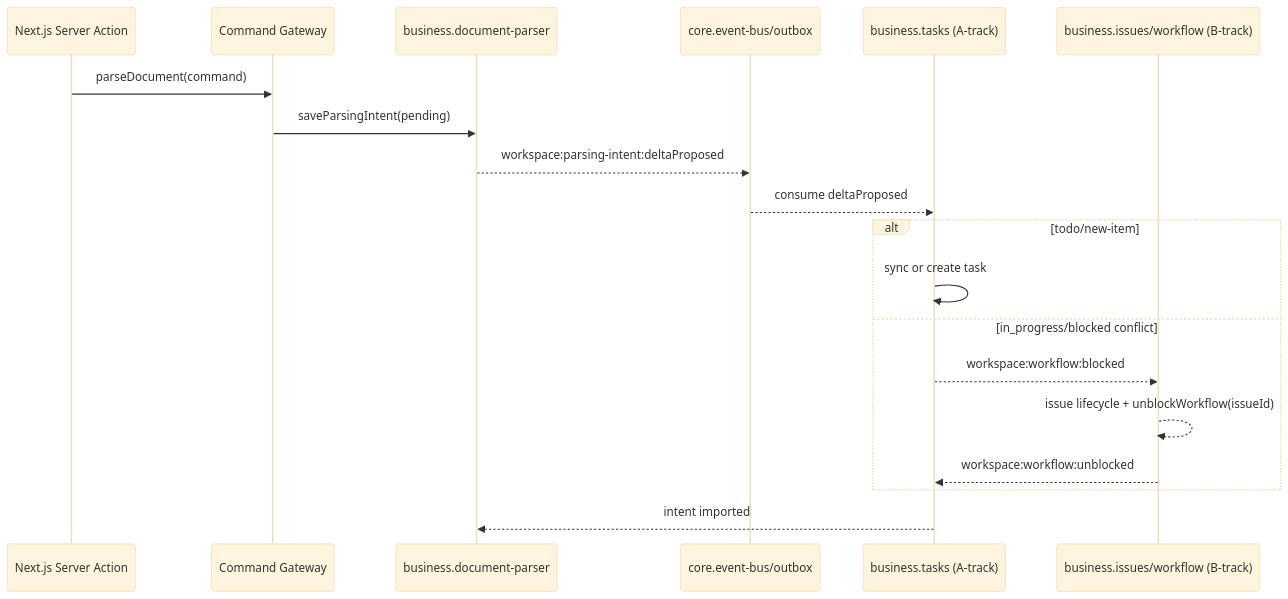
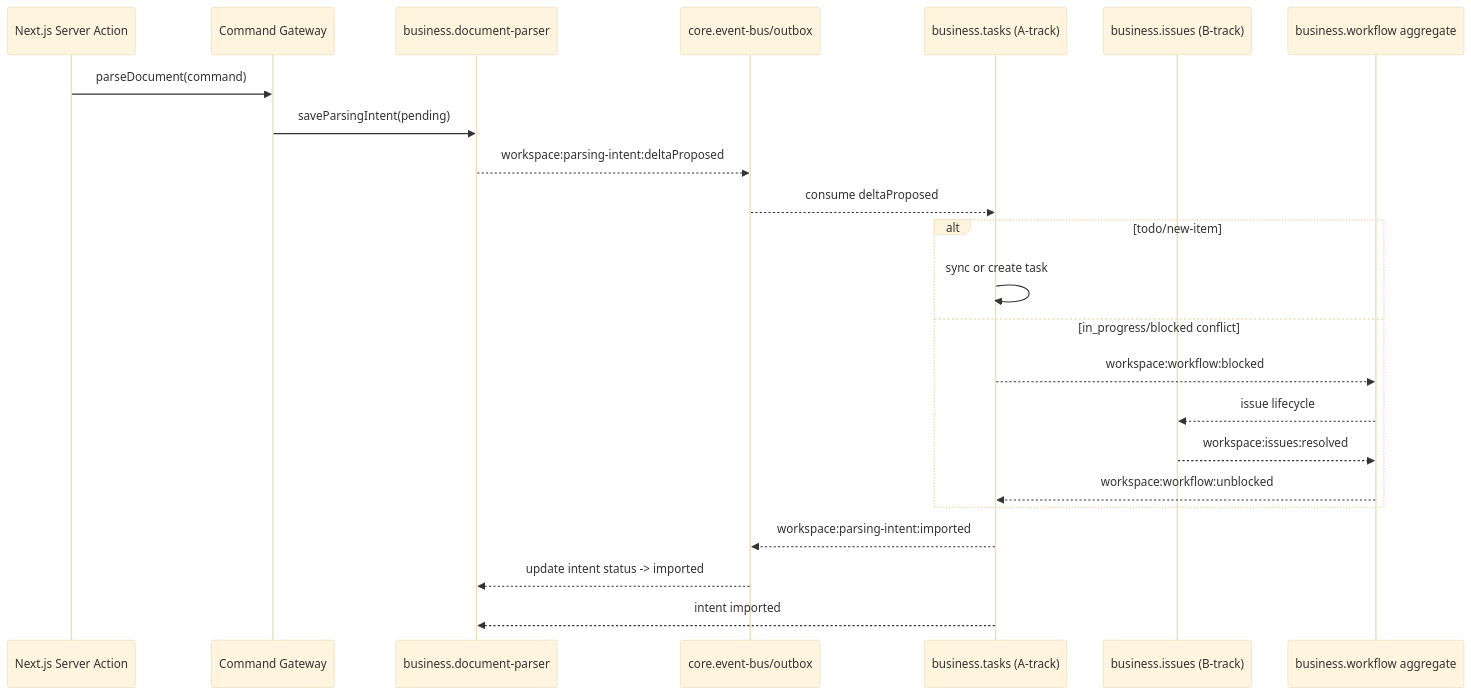
Before and after one commit to 7Spade/Xuanwu: the second of 2 diagrams in docs/development/workspace.slice-guide.md, drawn with Mermaid (base theme). The commit also changed other lines of this file, not shown here.

Commit message:
docs(workspace): clarify event ownership and AI-intent contract details

````diff
--- a/docs/development/workspace.slice-guide.md
+++ b/docs/development/workspace.slice-guide.md
@@ -173,22 +173,26 @@
 ```mermaid
 sequenceDiagram
     participant UI as Next.js Server Action
     participant CMD as Command Gateway
     participant PARSER as business.document-parser
     participant BUS as core.event-bus/outbox
     participant A as business.tasks (A-track)
-    participant B as business.issues/workflow (B-track)
+    participant I as business.issues (B-track)
+    participant W as business.workflow aggregate
 
     UI->>CMD: parseDocument(command)
     CMD->>PARSER: saveParsingIntent(pending)
     PARSER-->>BUS: workspace:parsing-intent:deltaProposed
     BUS-->>A: consume deltaProposed
     alt todo/new-item
       A->>A: sync or create task
     else in_progress/blocked conflict
-      A-->>B: workspace:workflow:blocked
-      B-->>B: issue lifecycle + unblockWorkflow(issueId)
-      B-->>A: workspace:workflow:unblocked
+      A-->>W: workspace:workflow:blocked
+      W-->>I: issue lifecycle
+      I-->>W: workspace:issues:resolved
+      W-->>A: workspace:workflow:unblocked
     end
+    A-->>BUS: workspace:parsing-intent:imported
+    BUS-->>PARSER: update intent status -> imported
     A-->>PARSER: intent imported
 ```
````
